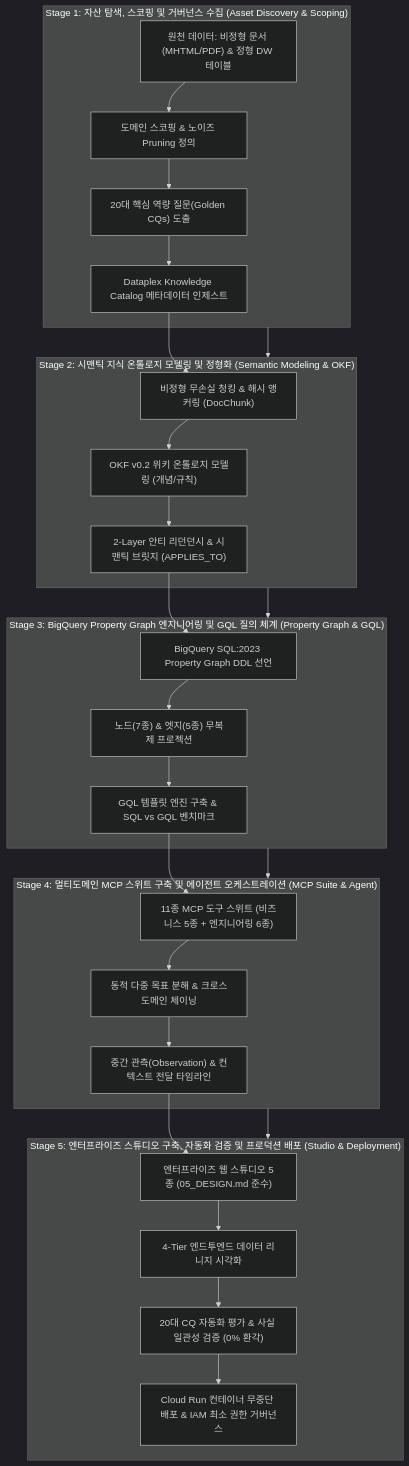
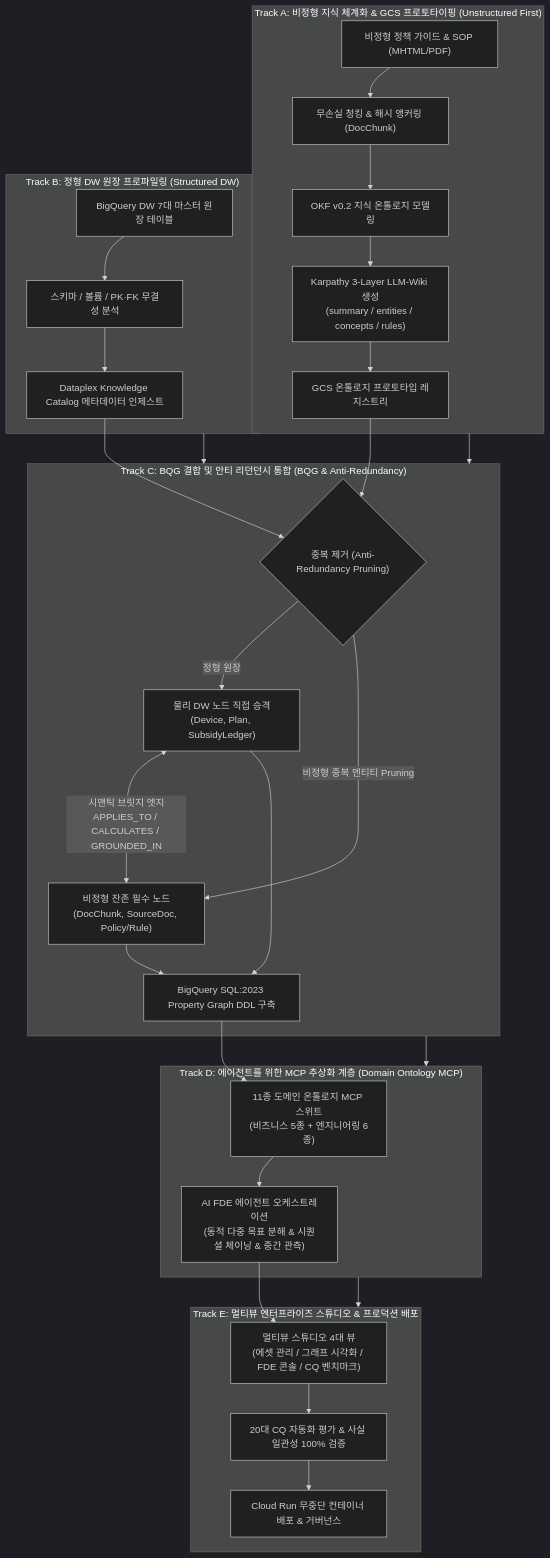
Before and after one commit to seanjungG/agentic-ontology-starter: the first of 6 diagrams in methodology/METHODOLOGY_KO.md, drawn with Mermaid (dark theme). The commit also changed other lines of this file and 20 other files, not shown here.

Commit message:
feat: implement evolutionary architecture methodology, karpathy llm-wiki pipeline, and multi-view enterprise studio [GOAL-097]

````diff
--- a/methodology/METHODOLOGY_KO.md
+++ b/methodology/METHODOLOGY_KO.md
@@ -30,35 +45,38 @@
 ```mermaid
 flowchart TD
-    subgraph STAGE1 ["Stage 1: 자산 탐색, 스코핑 및 거버넌스 수집 (Asset Discovery & Scoping)"]
-        S1_Input["원천 데이터: 비정형 문서 (MHTML/PDF) & 정형 DW 테이블"] --> S1_Scope["도메인 스코핑 & 노이즈 Pruning 정의"]
-        S1_Scope --> S1_CQ["20대 핵심 역량 질문(Golden CQs) 도출"]
-        S1_CQ --> S1_KC["Dataplex Knowledge Catalog 메타데이터 인제스트"]
+    subgraph TRACK_A ["Track A: 비정형 지식 체계화 & GCS 프로토타이핑 (Unstructured First)"]
+        S1_Doc["비정형 정책 가이드 & SOP (MHTML/PDF)"] --> S2_Chunk["무손실 청킹 & 해시 앵커링 (DocChunk)"]
+        S2_Chunk --> S2_OKF["OKF v0.2 지식 온톨로지 모델링"]
+        S2_OKF --> S2_Wiki["Karpathy 3-Layer LLM-Wiki 생성<br/>(summary / entities / concepts / rules)"]
+        S2_Wiki --> S2_GCS["GCS 온톨로지 프로토타입 레지스트리"]
     end
 
-    subgraph STAGE2 ["Stage 2: 시맨틱 지식 온톨로지 모델링 및 정형화 (Semantic Modeling & OKF)"]
-        S1_KC --> S2_Chunk["비정형 무손실 청킹 & 해시 앵커링 (DocChunk)"]
-        S2_Chunk --> S2_OKF["OKF v0.2 위키 온톨로지 모델링 (개념/규칙)"]
-        S2_OKF --> S2_Bridge["2-Layer 안티 리던던시 & 시맨틱 브릿지 (APPLIES_TO)"]
+    subgraph TRACK_B ["Track B: 정형 DW 원장 프로파일링 (Structured DW)"]
+        S1_DW["BigQuery DW 7대 마스터 원장 테이블"] --> S1_Profile["스키마 / 볼륨 / PK·FK 무결성 분석"]
+        S1_Profile --> S1_KC["Dataplex Knowledge Catalog 메타데이터 인제스트"]
     end
 
-    subgraph STAGE3 ["Stage 3: BigQuery Property Graph 엔지니어링 및 GQL 질의 체계 (Property Graph & GQL)"]
-        S2_Bridge --> S3_DDL["BigQuery SQL:2023 Property Graph DDL 선언"]
-        S3_DDL --> S3_Topology["노드(7종) & 엣지(5종) 무복제 프로젝션"]
-        S3_Topology --> S3_GQL["GQL 템플릿 엔진 구축 & SQL vs GQL 벤치마크"]
+    subgraph TRACK_C ["Track C: BQG 결합 및 안티 리던던시 통합 (BQG & Anti-Redundancy)"]
+        S2_GCS & S1_KC --> S3_Prune{"중복 제거 (Anti-Redundancy Pruning)"}
+        S3_Prune -->|정형 원장| S3_DWNodes["물리 DW 노드 직접 승격<br/>(Device, Plan, SubsidyLedger)"]
+        S3_Prune -->|비정형 중복 엔티티 Pruning| S3_DocNodes["비정형 잔존 필수 노드<br/>(DocChunk, SourceDoc, Policy/Rule)"]
+        S3_DWNodes <--->|시맨틱 브릿지 엣지<br/>APPLIES_TO / CALCULATES / GROUNDED_IN| S3_DocNodes
+        S3_DWNodes & S3_DocNodes --> S3_DDL["BigQuery SQL:2023 Property Graph DDL 구축"]
     end
 
-    subgraph STAGE4 ["Stage 4: 멀티도메인 MCP 스위트 구축 및 에이전트 오케스트레이션 (MCP Suite & Agent)"]
-        S3_GQL --> S4_MCP["11종 MCP 도구 스위트 (비즈니스 5종 + 엔지니어링 6종)"]
-        S4_MCP --> S4_Router["동적 다중 목표 분해 & 크로스도메인 체이닝"]
-        S4_Router --> S4_Handoff["중간 관측(Observation) & 컨텍스트 전달 타임라인"]
+    subgraph TRACK_D ["Track D: 에이전트를 위한 MCP 추상화 계층 (Domain Ontology MCP)"]
+        S3_DDL --> S4_MCP["11종 도메인 온톨로지 MCP 스위트<br/>(비즈니스 5종 + 엔지니어링 6종)"]
+        S4_MCP --> S4_Agent["AI FDE 에이전트 오케스트레이션<br/>(동적 다중 목표 분해 & 시퀀셜 체이닝 & 중간 관측)"]
     end
 
-    subgraph STAGE5 ["Stage 5: 엔터프라이즈 스튜디오 구축, 자동화 검증 및 프로덕션 배포 (Studio & Deployment)"]
-        S4_Handoff --> S5_Studio["엔터프라이즈 웹 스튜디오 5종 (05_DESIGN.md 준수)"]
-        S5_Studio --> S5_Lineage["4-Tier 엔드투엔드 데이터 리니지 시각화"]
-        S5_Lineage --> S5_Eval["20대 CQ 자동화 평가 & 사실 일관성 검증 (0% 환각)"]
-        S5_Eval --> S5_Deploy["Cloud Run 컨테이너 무중단 배포 & IAM 최소 권한 거버넌스"]
+    subgraph TRACK_E ["Track E: 멀티뷰 엔터프라이즈 스튜디오 & 프로덕션 배포"]
+        S4_Agent --> S5_Studio["멀티뷰 스튜디오 4대 뷰<br/>(에셋 관리 / 그래프 시각화 / FDE 콘솔 / CQ 벤치마크)"]
+        S5_Studio --> S5_Eval["20대 CQ 자동화 평가 & 사실 일관성 100% 검증"]
+        S5_Eval --> S5_Deploy["Cloud Run 무중단 컨테이너 배포 & 거버넌스"]
     end
 
-    STAGE1 --> STAGE2 --> STAGE3 --> STAGE4 --> STAGE5
+    TRACK_A --> TRACK_C
+    TRACK_B --> TRACK_C
+    TRACK_C --> TRACK_D
+    TRACK_D --> TRACK_E
 ```
````
